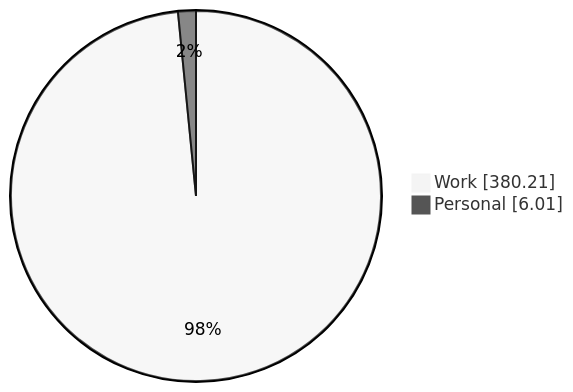
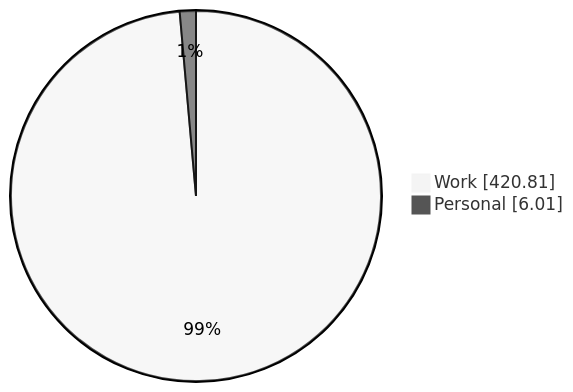
The first of 5 diagrams in README.md (albinforsberg-netizen/timeclock), drawn with Mermaid (neutral theme) before and after one commit. The commit also changed other lines of this file, not shown here.

````diff
--- a/README.md
+++ b/README.md
@@ -9,5 +9,5 @@
 ```mermaid
 pie showData
-    "Work" : 380.21
+    "Work" : 420.81
     "Personal" : 6.01
 ```
````
